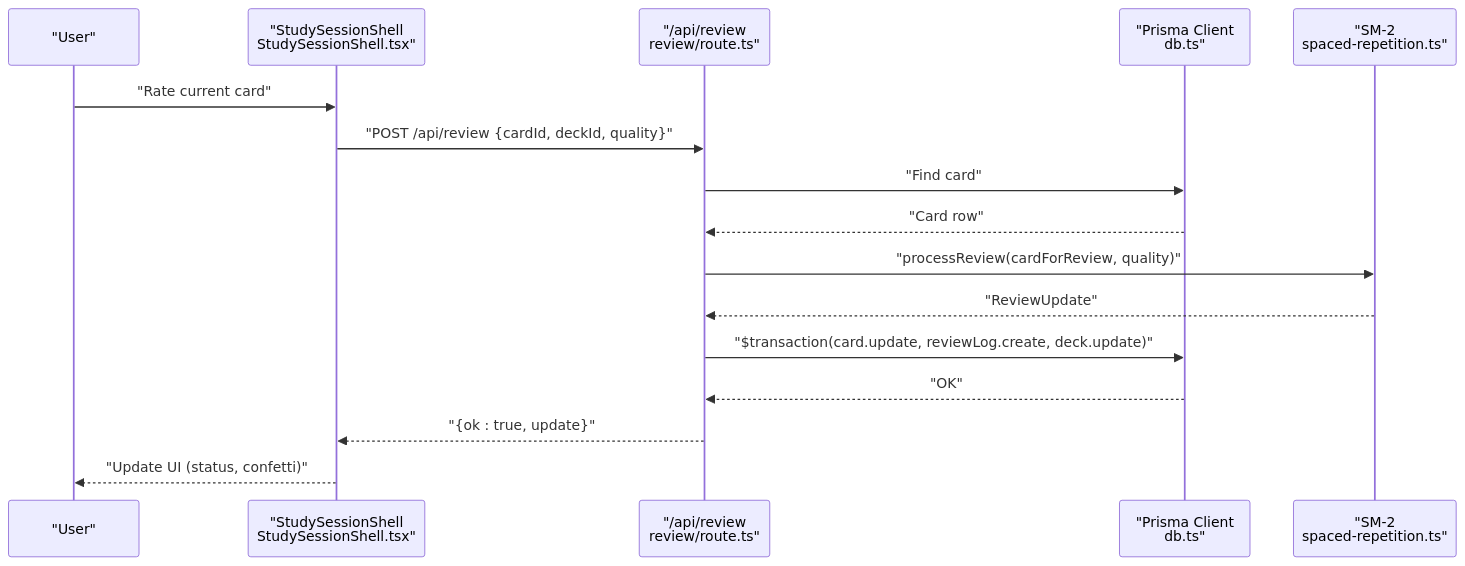
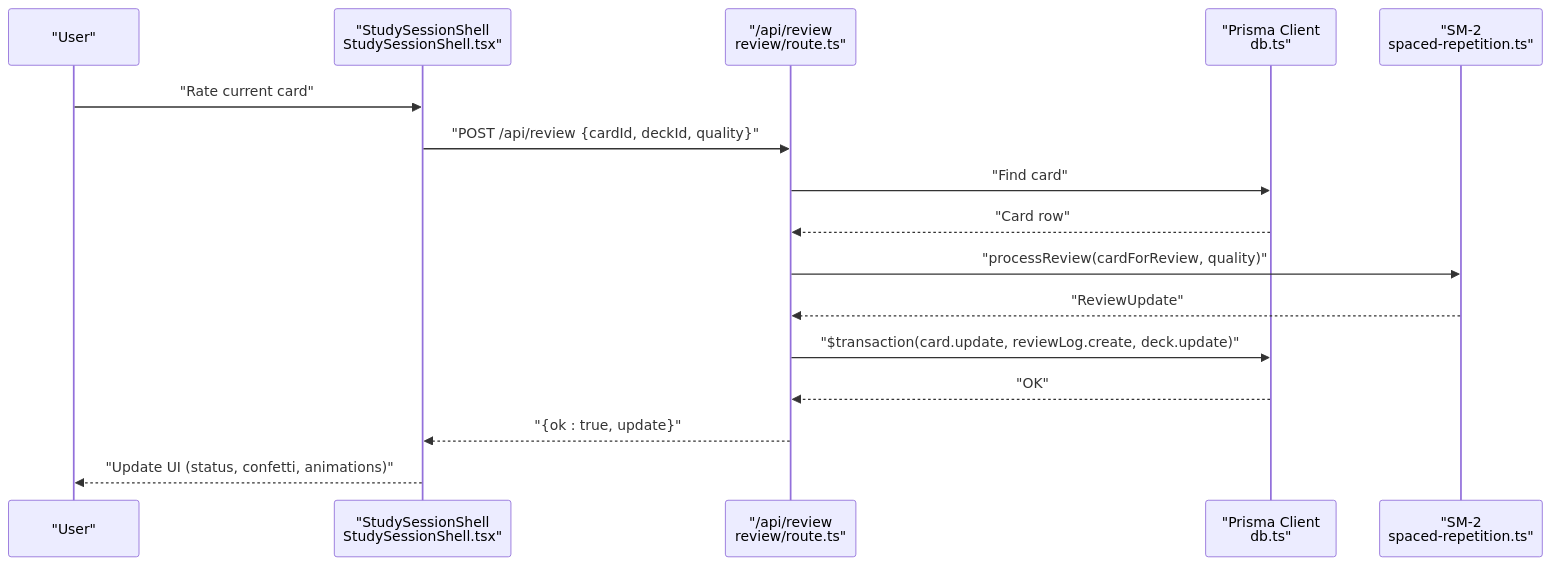
The second of 3 diagrams in .qoder/repowiki/en/content/Advanced Topics/Troubleshooting and Debugging.md (nitish-niraj/cumathassignment), drawn with Mermaid before and after one commit. The commit also changed other lines of this file and 6 other files, not shown here.

````diff
--- a/.qoder/repowiki/en/content/Advanced Topics/Troubleshooting and Debugging.md
+++ b/.qoder/repowiki/en/content/Advanced Topics/Troubleshooting and Debugging.md
@@ -133,18 +159,18 @@
 ```mermaid
 sequenceDiagram
 participant U as "User"
 participant SP as "StudySessionShell<br/>StudySessionShell.tsx"
 participant API as "/api/review<br/>review/route.ts"
 participant DB as "Prisma Client<br/>db.ts"
 participant SR as "SM-2<br/>spaced-repetition.ts"
 U->>SP : "Rate current card"
 SP->>API : "POST /api/review {cardId, deckId, quality}"
 API->>DB : "Find card"
 DB-->>API : "Card row"
 API->>SR : "processReview(cardForReview, quality)"
 SR-->>API : "ReviewUpdate"
 API->>DB : "$transaction(card.update, reviewLog.create, deck.update)"
 DB-->>API : "OK"
 API-->>SP : "{ok : true, update}"
-SP-->>U : "Update UI (status, confetti)"
+SP-->>U : "Update UI (status, confetti, animations)"
 ```
````
